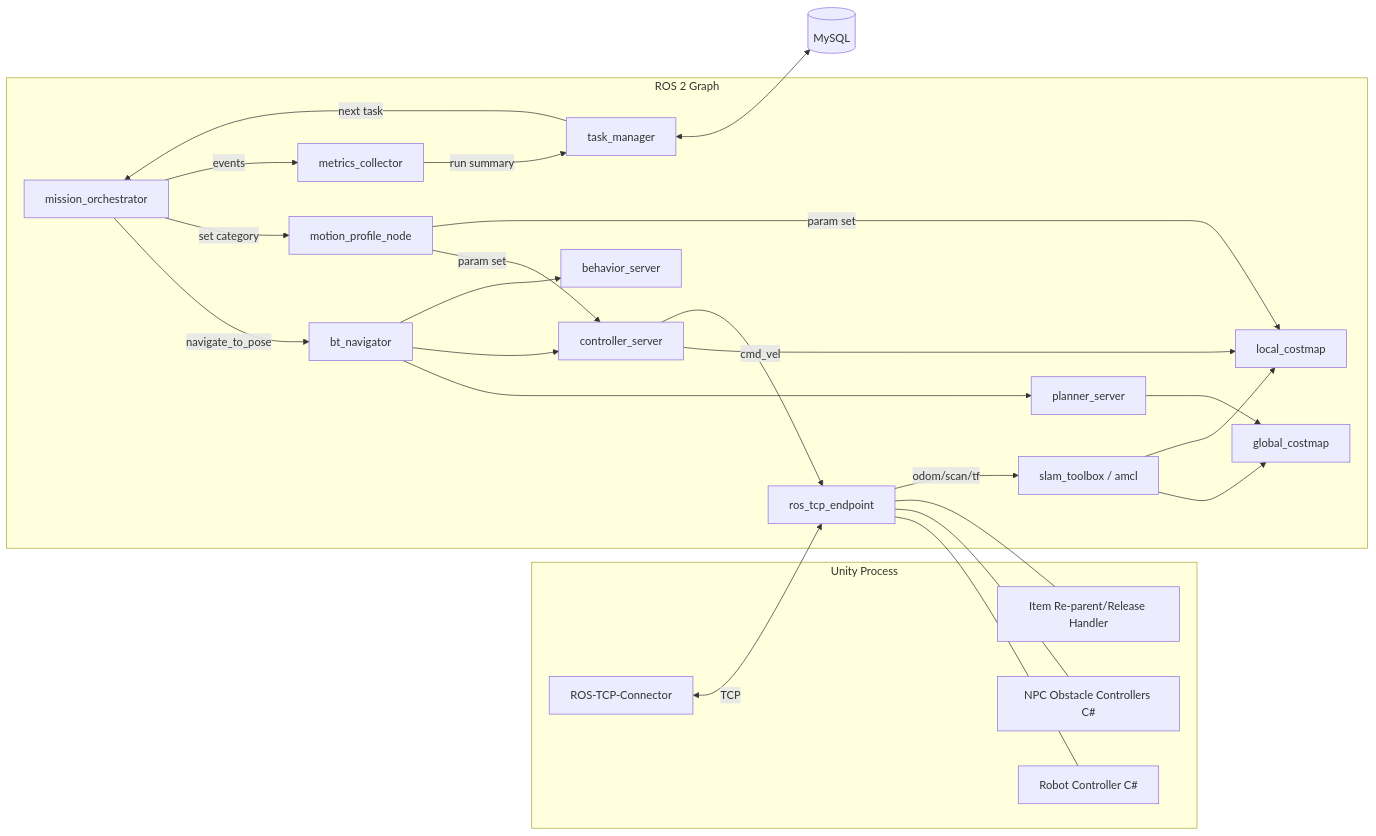
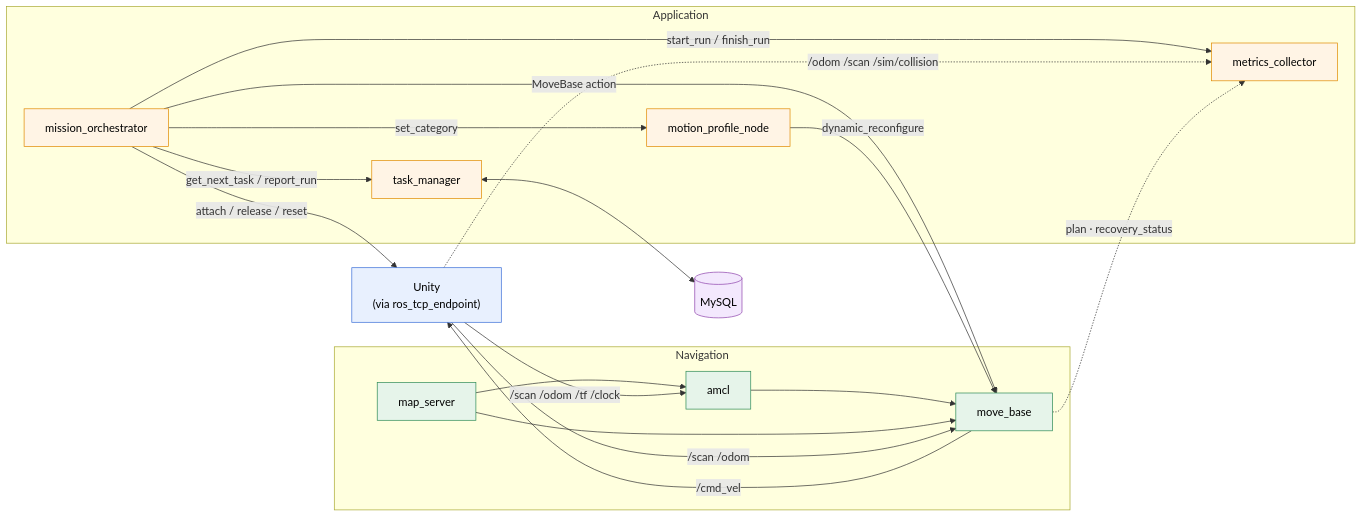
The second of 5 diagrams in docs/architecture.md (HoNguyen17/Mobile_Robo_SuppliesChain), drawn with Mermaid before and after one commit. The commit also changed other lines of this file and 238 other files, not shown here.

First line of the commit message:
feat: P0 environment work (ROS 1 plan, warehouse_msgs, Waffle Pi in Unity, MySQL infra)

````diff
--- a/docs/architecture.md
+++ b/docs/architecture.md
@@ -39,46 +100,42 @@
 ```mermaid
-graph LR
-  subgraph Unity Process
-    U1[Robot Controller C#]
-    U2[ROS-TCP-Connector]
-    U3[NPC Obstacle Controllers C#]
-    U4[Item Re-parent/Release Handler]
-  end
-  subgraph ROS 2 Graph
-    E[ros_tcp_endpoint]
-    MO[mission_orchestrator]
-    MP[motion_profile_node]
-    MC[metrics_collector]
-    TM[task_manager]
-    BT[bt_navigator]
-    PS[planner_server]
-    CS[controller_server]
-    RS[behavior_server]
-    GC[global_costmap]
-    LC[local_costmap]
-    LOC[slam_toolbox / amcl]
-  end
-  DB[(MySQL)]
+flowchart LR
+    U["Unity<br/>(via ros_tcp_endpoint)"]
 
-  U2 <-- TCP --> E
-  E --- U1
-  E --- U3
-  E --- U4
-  MO -- navigate_to_pose --> BT
-  BT --> PS
-  BT --> CS
-  BT --> RS
-  PS --> GC
-  CS --> LC
-  LOC --> GC
-  LOC --> LC
-  MO -- set category --> MP
-  MP -- param set --> CS
-  MP -- param set --> LC
-  MO -- events --> MC
-  CS -- cmd_vel --> E
-  E -- odom/scan/tf --> LOC
-  MC -- run summary --> TM
-  TM <--> DB
-  TM -- next task --> MO
+    subgraph NAV["Navigation"]
+        MS[map_server] --> AM[amcl]
+        AM --> MB[move_base]
+        MS --> MB
+    end
+
+    subgraph APP["Application"]
+        MO[mission_orchestrator]
+        MP[motion_profile_node]
+        MC[metrics_collector]
+        TM[task_manager]
+    end
+
+    DB[(MySQL)]
+
+    U -- "/scan /odom /tf /clock" --> AM
+    U -- "/scan /odom" --> MB
+    MB -- "/cmd_vel" --> U
+
+    MO -- "MoveBase action" --> MB
+    MO -- "set_category" --> MP
+    MP -- "dynamic_reconfigure" --> MB
+    MO -- "attach / release / reset" --> U
+    MO -- "start_run / finish_run" --> MC
+    MO -- "get_next_task / report_run" --> TM
+    U -. "/odom /scan /sim/collision" .-> MC
+    MB -. "plan · recovery_status" .-> MC
+    TM <--> DB
+
+    classDef nav fill:#E6F4EA,stroke:#2E8B57,color:#000
+    classDef app fill:#FFF4E5,stroke:#E08A00,color:#000
+    classDef sim fill:#E8F0FE,stroke:#3B6FD8,color:#000
+    classDef db fill:#F3E8FD,stroke:#8E44AD,color:#000
+    class MS,AM,MB nav
+    class MO,MP,MC,TM app
+    class U sim
+    class DB db
 ```
````
